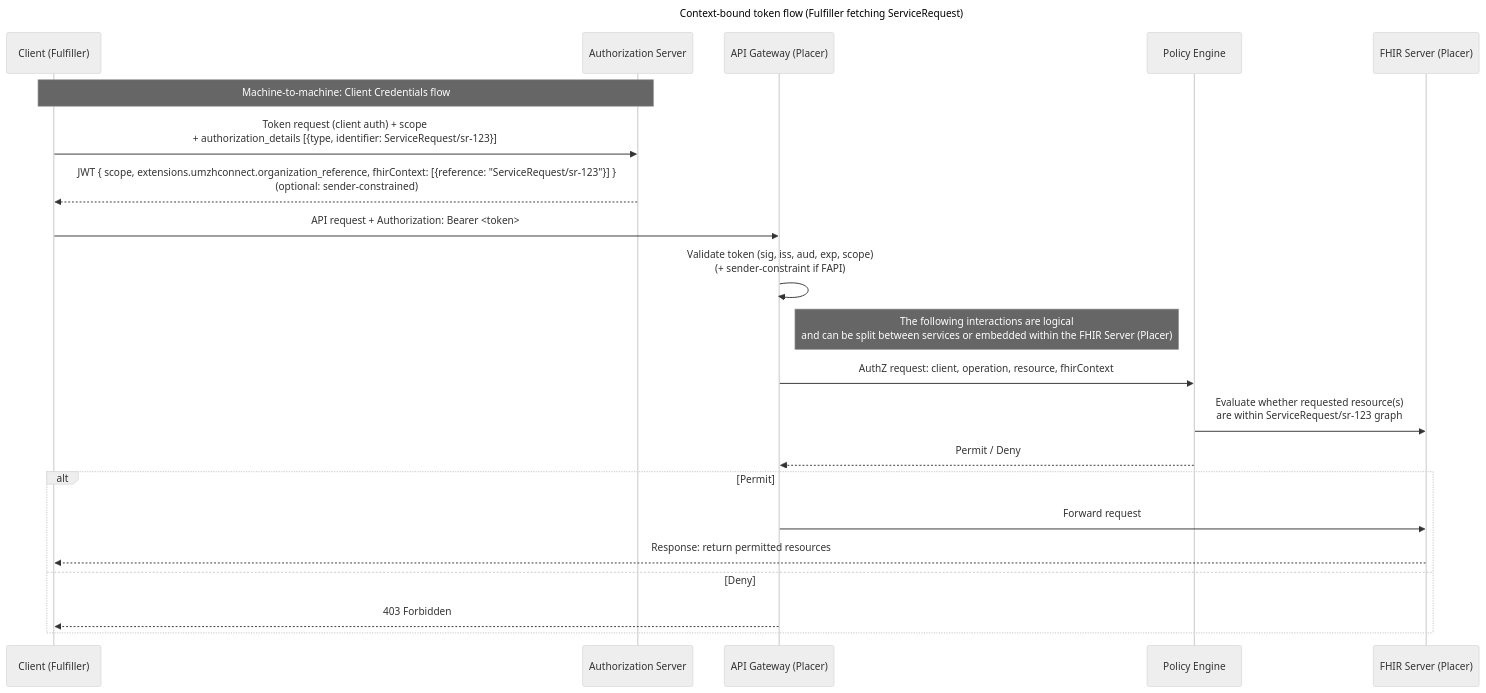
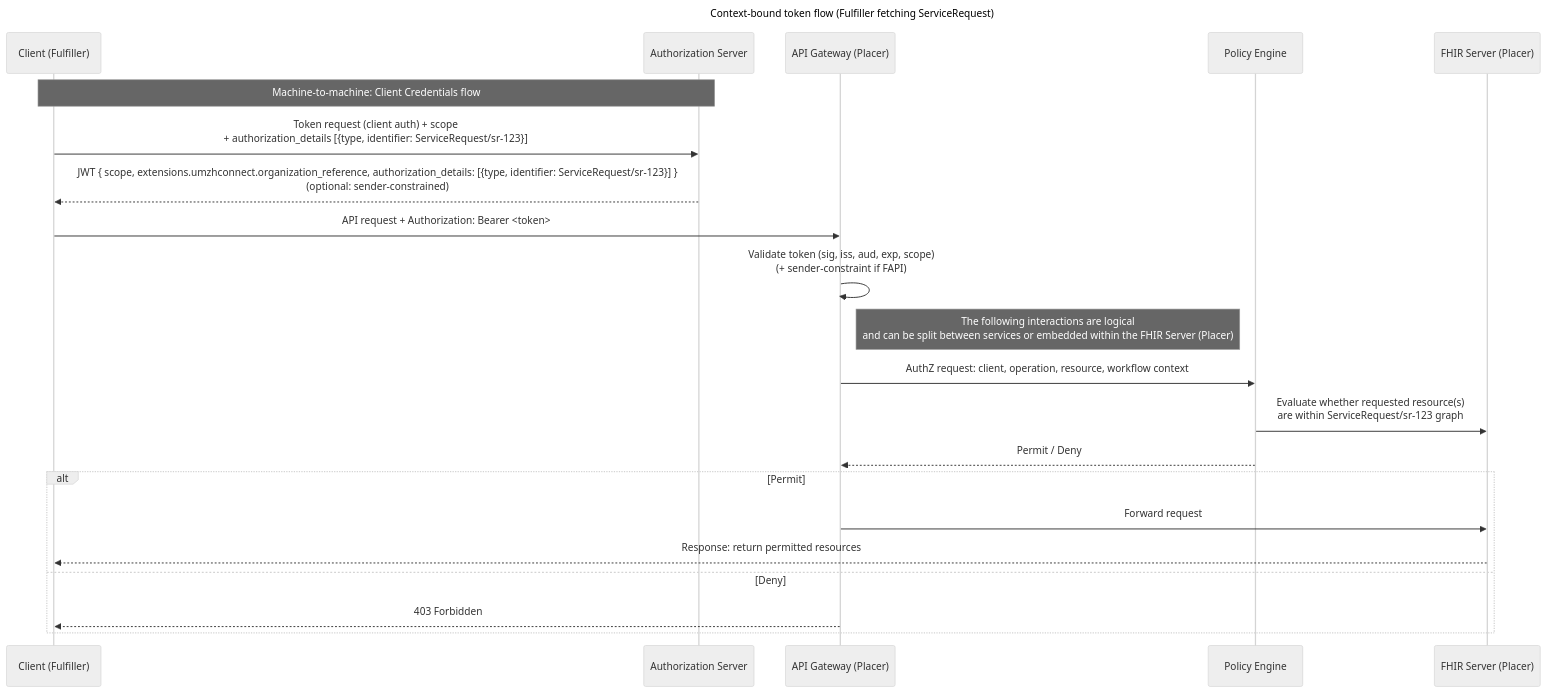
One commit to umzhconnect/umzhconnect-ig changed the second of 3 diagrams in input/pagecontent/security.md. Above: the diagram before and after it, drawn with Mermaid (neutral theme). The commit also changed other lines of this file and 6 other files, not shown here.

First line of the commit message:
Replace fhirContext with authorization_details and scope the context check (#124, #125) (#135)

````diff
--- a/input/pagecontent/security.md
+++ b/input/pagecontent/security.md
@@ -174,27 +185,27 @@
 ```mermaid
 sequenceDiagram
   title Context-bound token flow (Fulfiller fetching ServiceRequest)
 
   participant C as Client (Fulfiller)
   participant AS as Authorization Server
   participant AG as API Gateway (Placer)
   participant PE as Policy Engine
   participant FHIR as FHIR Server (Placer)
 
   Note over C,AS: Machine-to-machine: Client Credentials flow
   C->>AS: Token request (client auth) + scope<br/>+ authorization_details [{type, identifier: ServiceRequest/sr-123}]
-  AS-->>C: JWT { scope, extensions.umzhconnect.organization_reference, fhirContext: [{reference: "ServiceRequest/sr-123"}] }<br/>(optional: sender-constrained)
+  AS-->>C: JWT { scope, extensions.umzhconnect.organization_reference, authorization_details: [{type, identifier: ServiceRequest/sr-123}] }<br/>(optional: sender-constrained)
 
   C->>AG: API request + Authorization: Bearer <token>
   AG->>AG: Validate token (sig, iss, aud, exp, scope)<br/>(+ sender-constraint if FAPI)
   Note right of AG: The following interactions are logical <br> and can be split between services or embedded within the FHIR Server (Placer)
-  AG->>PE: AuthZ request: client, operation, resource, fhirContext
+  AG->>PE: AuthZ request: client, operation, resource, workflow context
   PE->>FHIR: Evaluate whether requested resource(s)<br/>are within ServiceRequest/sr-123 graph
   PE-->>AG: Permit / Deny
   alt Permit
     AG->>FHIR: Forward request
     FHIR-->>C: Response: return permitted resources
   else Deny
     AG-->>C: 403 Forbidden
   end
 ```
````
